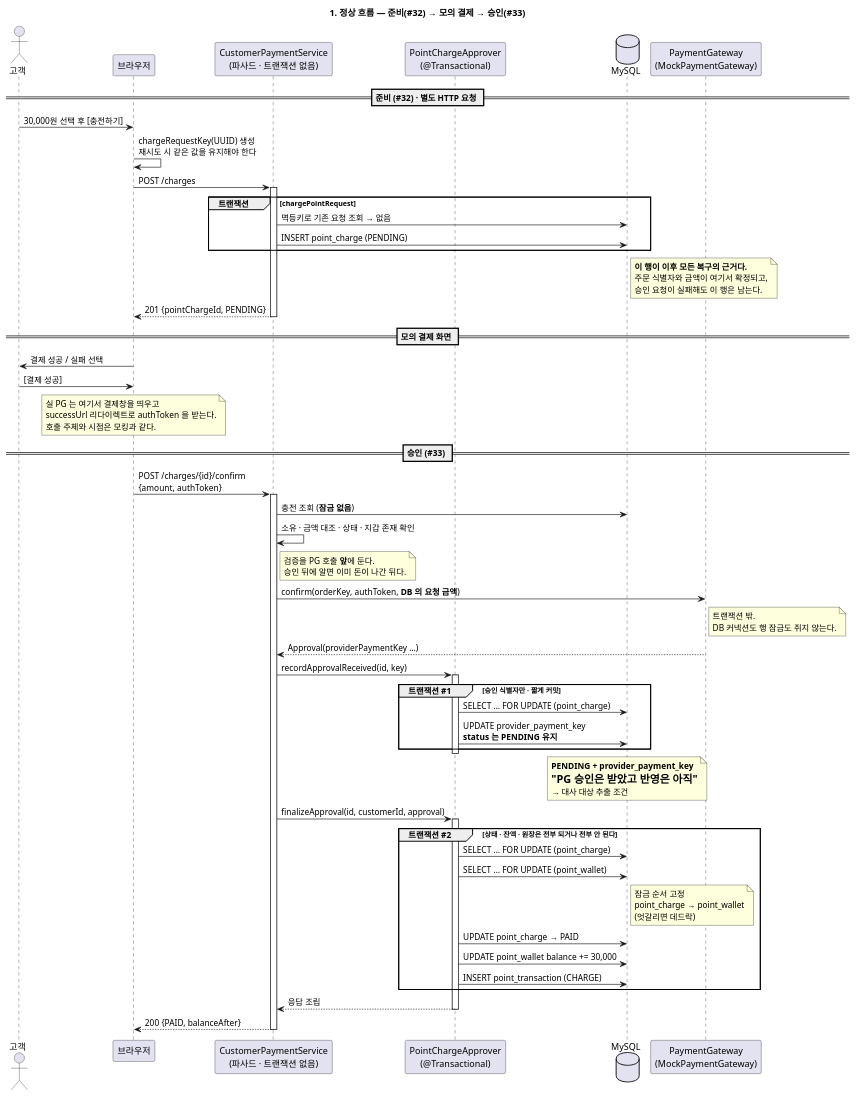
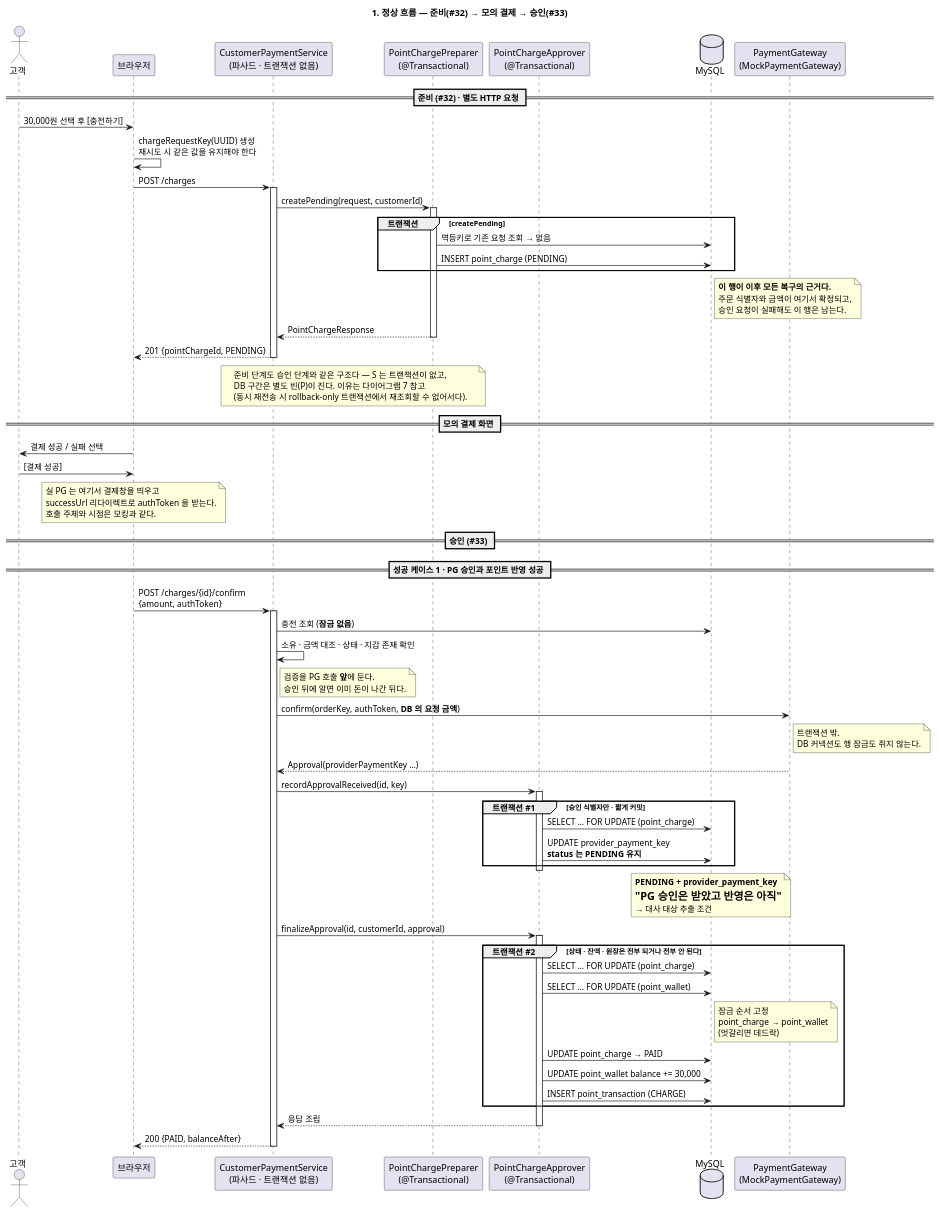
One commit to softeerbootcamp-8th/WEB-Team7-Turkey changed the first of 7 diagrams in docs/결제승인_관련_다이어그램/06-point-charge-sequence.puml. Above: the diagram before and after it, drawn with PlantUML. The commit also changed other lines of this file and 7 other files, not shown here.

First line of the commit message:
docs: 결제 승인 시퀀스 다이어그램 갱신

```diff
--- a/docs/결제승인_관련_다이어그램/06-point-charge-sequence.puml
+++ b/docs/결제승인_관련_다이어그램/06-point-charge-sequence.puml
@@ -8,85 +8,96 @@
 @startuml 01-정상-흐름
 title 1. 정상 흐름 — 준비(#32) → 모의 결제 → 승인(#33)
 
 actor 고객 as C
 participant "브라우저" as B
 participant "CustomerPaymentService\n(파사드 · 트랜잭션 없음)" as S
+participant "PointChargePreparer\n(@Transactional)" as P
 participant "PointChargeApprover\n(@Transactional)" as A
 database "MySQL" as DB
 participant "PaymentGateway\n(MockPaymentGateway)" as PG
 
 == 준비 (#32) · 별도 HTTP 요청 ==
 C -> B: 30,000원 선택 후 [충전하기]
 B -> B: chargeRequestKey(UUID) 생성\n재시도 시 같은 값을 유지해야 한다
 B -> S: POST /charges
 activate S
-group 트랜잭션 [chargePointRequest]
-  S -> DB: 멱등키로 기존 요청 조회 → 없음
-  S -> DB: INSERT point_charge (PENDING)
+S -> P: createPending(request, customerId)
+activate P
+group 트랜잭션 [createPending]
+  P -> DB: 멱등키로 기존 요청 조회 → 없음
+  P -> DB: INSERT point_charge (PENDING)
 end
 note right of DB
   <b>이 행이 이후 모든 복구의 근거다.</b>
   주문 식별자와 금액이 여기서 확정되고,
   승인 요청이 실패해도 이 행은 남는다.
 end note
+P --> S: PointChargeResponse
+deactivate P
 S --> B: 201 {pointChargeId, PENDING}
 deactivate S
+note over S, P
+  준비 단계도 승인 단계와 같은 구조다 — S 는 트랜잭션이 없고,
+  DB 구간은 별도 빈(P)이 진다. 이유는 다이어그램 7 참고
+  (동시 재전송 시 rollback-only 트랜잭션에서 재조회할 수 없어서다).
+end note
 
 == 모의 결제 화면 ==
 B -> C: 결제 성공 / 실패 선택
 C -> B: [결제 성공]
 note over B
   실 PG 는 여기서 결제창을 띄우고
   successUrl 리다이렉트로 authToken 을 받는다.
   호출 주체와 시점은 모킹과 같다.
 end note
 
 == 승인 (#33) ==
+== 성공 케이스 1 · PG 승인과 포인트 반영 성공 ==
 B -> S: POST /charges/{id}/confirm\n{amount, authToken}
 activate S
 S -> DB: 충전 조회 (<b>잠금 없음</b>)
 S -> S: 소유 · 금액 대조 · 상태 · 지갑 존재 확인
 note right of S
   검증을 PG 호출 <b>앞</b>에 둔다.
   승인 뒤에 알면 이미 돈이 나간 뒤다.
 end note
 
 S -> PG: confirm(orderKey, authToken, <b>DB 의 요청 금액</b>)
 note right of PG
   트랜잭션 밖.
   DB 커넥션도 행 잠금도 쥐지 않는다.
 end note
 PG --> S: Approval(providerPaymentKey …)
 
 S -> A: recordApprovalReceived(id, key)
 activate A
 group 트랜잭션 #1 [승인 식별자만 · 짧게 커밋]
   A -> DB: SELECT … FOR UPDATE (point_charge)
   A -> DB: UPDATE provider_payment_key\n<b>status 는 PENDING 유지</b>
 end
 deactivate A
 note over DB
   <b>PENDING + provider_payment_key</b>
   = "PG 승인은 받았고 반영은 아직"
   → 대사 대상 추출 조건
 end note
 
 S -> A: finalizeApproval(id, customerId, approval)
 activate A
 group 트랜잭션 #2 [상태 · 잔액 · 원장은 전부 되거나 전부 안 된다]
   A -> DB: SELECT … FOR UPDATE (point_charge)
   A -> DB: SELECT … FOR UPDATE (point_wallet)
   note right of DB
     잠금 순서 고정
     point_charge → point_wallet
     (엇갈리면 데드락)
   end note
   A -> DB: UPDATE point_charge → PAID
   A -> DB: UPDATE point_wallet balance += 30,000
   A -> DB: INSERT point_transaction (CHARGE)
 end
 A --> S: 응답 조립
 deactivate A
 S --> B: 200 {PAID, balanceAfter}
 deactivate S
 @enduml
```
